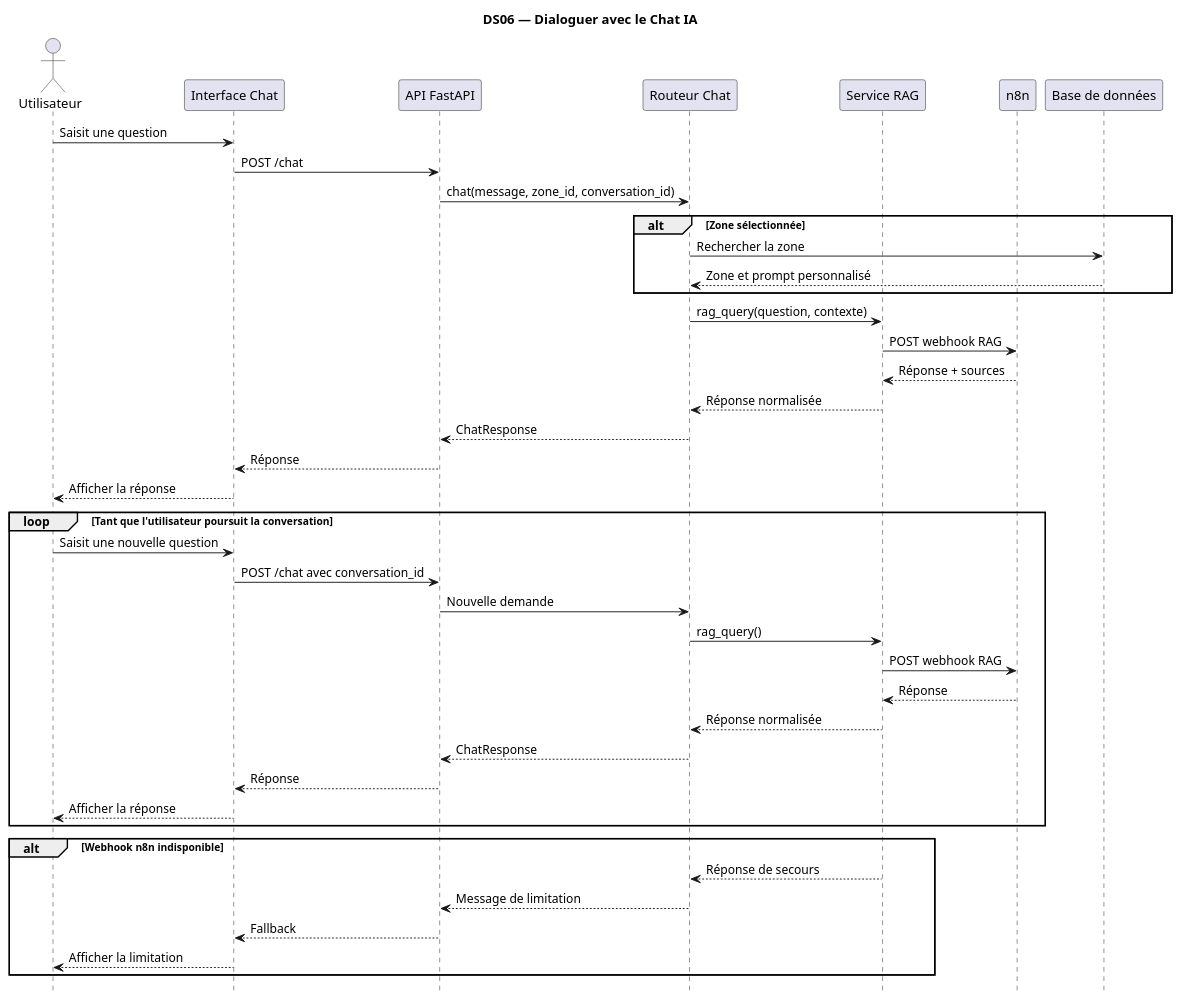
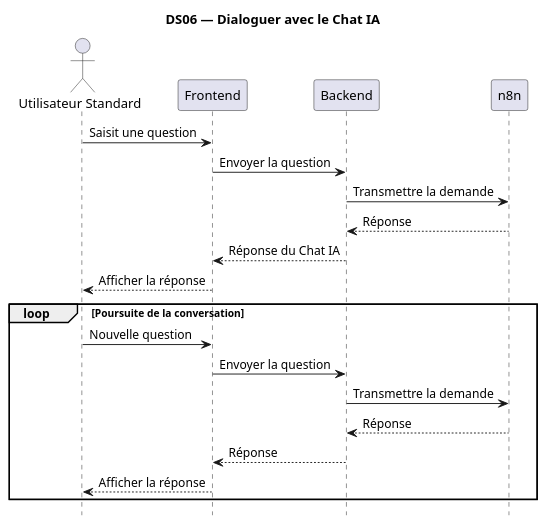
Before and after one commit to TkAbeleon/NoteAcemiqueProjetSoutenanceL3: the diagram in UML_JeryMotro/DS06_Dialoguer_chat_IA.plantuml, drawn with PlantUML.

Commit message:
Alléger DS06 avec les systèmes réellement nécessaires

```diff
--- a/UML_JeryMotro/DS06_Dialoguer_chat_IA.plantuml
+++ b/UML_JeryMotro/DS06_Dialoguer_chat_IA.plantuml
@@ -1,52 +1,28 @@
 @startuml
 
 title DS06 — Dialoguer avec le Chat IA
 hide footbox
 skinparam shadowing false
 
-actor "Utilisateur" as U
-participant "Interface Chat" as I
-participant "API FastAPI" as API
-participant "Routeur Chat" as C
-participant "Service RAG" as RAG
+actor "Utilisateur Standard" as U
+participant "Frontend" as F
+participant "Backend" as B
 participant "n8n" as N8N
-participant "Base de données" as DB
 
-U -> I : Saisit une question
-I -> API : POST /chat
-API -> C : chat(message, zone_id, conversation_id)
+U -> F : Saisit une question
+F -> B : Envoyer la question
+B -> N8N : Transmettre la demande
+N8N --> B : Réponse
+B --> F : Réponse du Chat IA
+F --> U : Afficher la réponse
 
-alt Zone sélectionnée
-    C -> DB : Rechercher la zone
-    DB --> C : Zone et prompt personnalisé
-end
-
-C -> RAG : rag_query(question, contexte)
-RAG -> N8N : POST webhook RAG
-N8N --> RAG : Réponse + sources
-RAG --> C : Réponse normalisée
-C --> API : ChatResponse
-API --> I : Réponse
-I --> U : Afficher la réponse
-
-loop Tant que l'utilisateur poursuit la conversation
-    U -> I : Saisit une nouvelle question
-    I -> API : POST /chat avec conversation_id
-    API -> C : Nouvelle demande
-    C -> RAG : rag_query()
-    RAG -> N8N : POST webhook RAG
-    N8N --> RAG : Réponse
-    RAG --> C : Réponse normalisée
-    C --> API : ChatResponse
-    API --> I : Réponse
-    I --> U : Afficher la réponse
-end
-
-alt Webhook n8n indisponible
-    RAG --> C : Réponse de secours
-    C --> API : Message de limitation
-    API --> I : Fallback
-    I --> U : Afficher la limitation
+loop Poursuite de la conversation
+    U -> F : Nouvelle question
+    F -> B : Envoyer la question
+    B -> N8N : Transmettre la demande
+    N8N --> B : Réponse
+    B --> F : Réponse
+    F --> U : Afficher la réponse
 end
 
 @enduml
```
